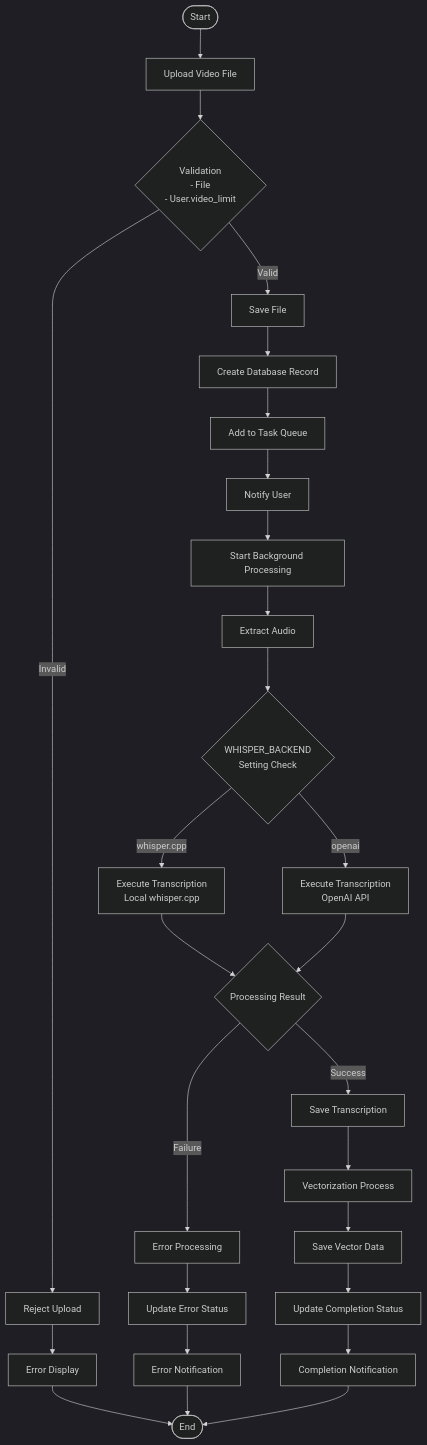
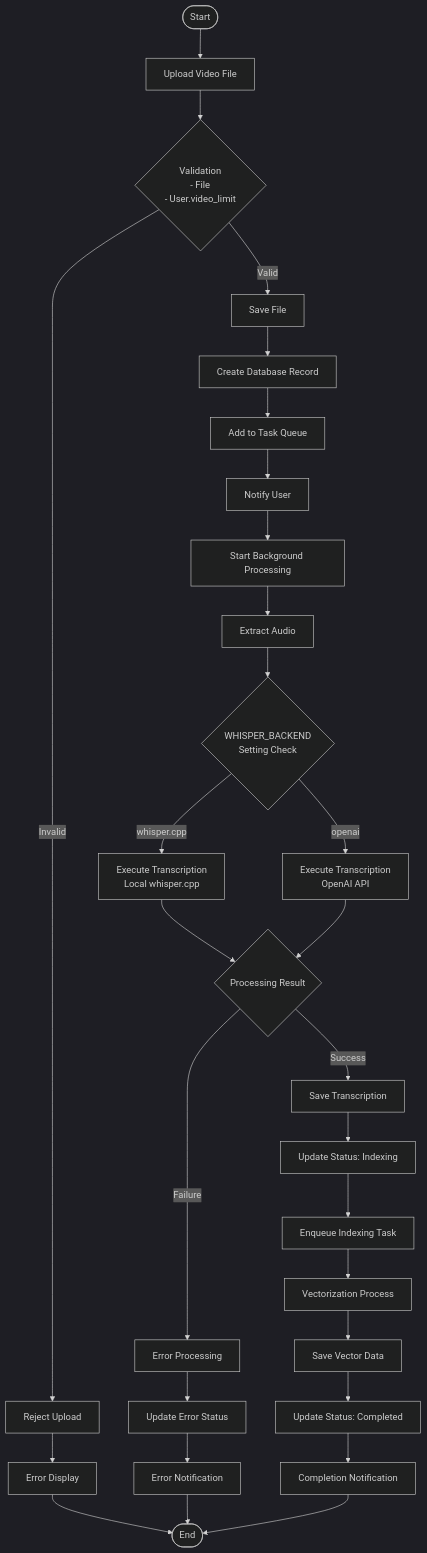
Before and after one commit to yukiharada1228/videoq: the second of 10 diagrams in docs/architecture/bpmn.md, drawn with Mermaid (dark theme). The commit also changed 8 other files, not shown here.

````diff
--- a/docs/architecture/bpmn.md
+++ b/docs/architecture/bpmn.md
@@ -36,31 +36,33 @@
 ```mermaid
 flowchart TD
     Start([Start]) --> Upload[Upload Video File]
     Upload --> ValidateFile{"Validation<br>- File<br>- User.video_limit"}
     ValidateFile -->|Invalid| Reject[Reject Upload]
     Reject --> ShowError[Error Display]
     ShowError --> End([End])
     ValidateFile -->|Valid| SaveFile[Save File]
     SaveFile --> CreateRecord[Create Database Record]
     CreateRecord --> QueueTask[Add to Task Queue]
     QueueTask --> NotifyUser[Notify User]
     NotifyUser --> ProcessTask[Start Background Processing]
     
     ProcessTask --> ExtractAudio[Extract Audio]
     ExtractAudio --> CheckBackend{"WHISPER_BACKEND<br>Setting Check"}
     CheckBackend -->|whisper.cpp| Transcribe[Execute Transcription<br>Local whisper.cpp]
     CheckBackend -->|openai| TranscribeAPI[Execute Transcription<br>OpenAI API]
     Transcribe --> CheckResult{Processing Result}
     TranscribeAPI --> CheckResult
     CheckResult -->|Success| CreateTranscript[Save Transcription]
     CheckResult -->|Failure| HandleError[Error Processing]
     HandleError --> UpdateErrorStatus[Update Error Status]
     UpdateErrorStatus --> NotifyError[Error Notification]
     NotifyError --> End
     
-    CreateTranscript --> Vectorize[Vectorization Process]
+    CreateTranscript --> MarkIndexing[Update Status: Indexing]
+    MarkIndexing --> QueueIndexTask[Enqueue Indexing Task]
+    QueueIndexTask --> Vectorize[Vectorization Process]
     Vectorize --> SaveVector[Save Vector Data]
-    SaveVector --> UpdateStatus[Update Completion Status]
+    SaveVector --> UpdateStatus[Update Status: Completed]
     UpdateStatus --> NotifyComplete[Completion Notification]
     NotifyComplete --> End
 ```
````
